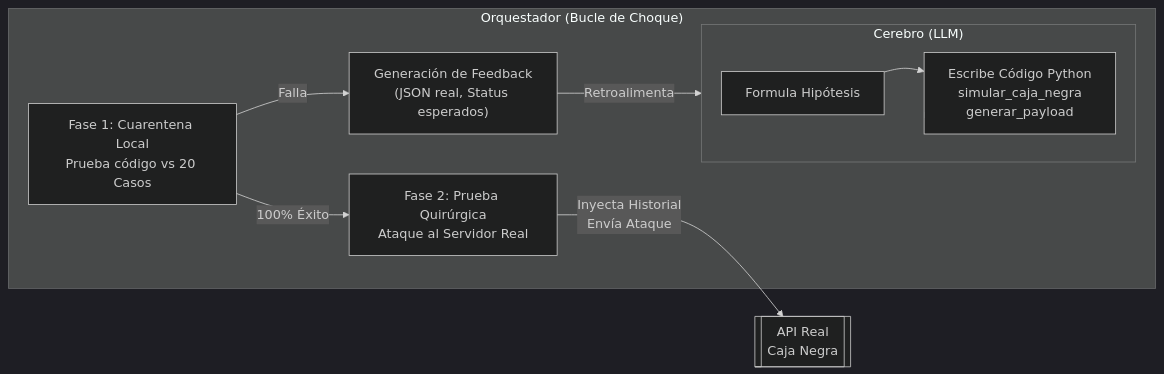
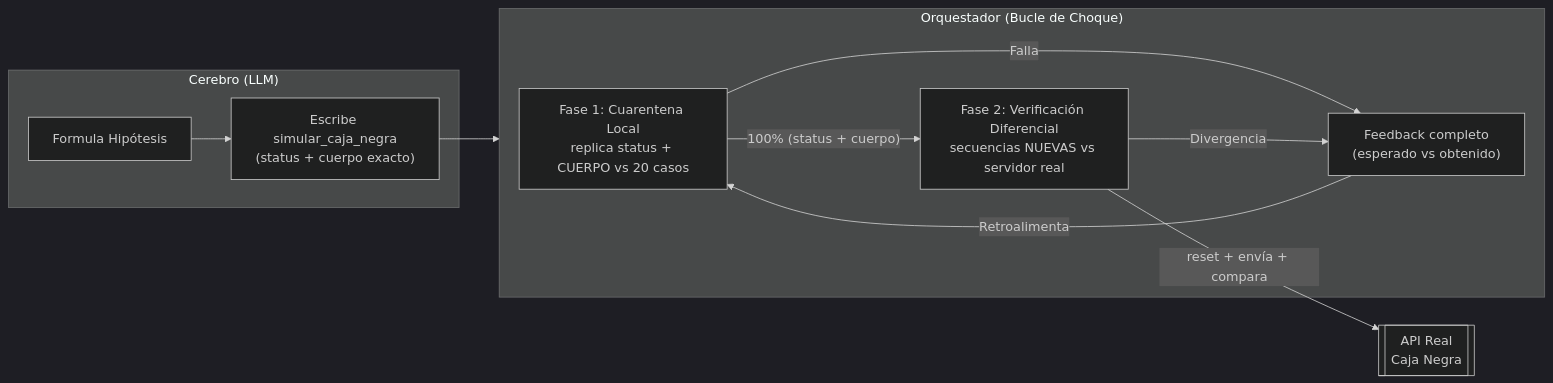
The diagram in README.md (ahenaon00/frontier-reto-2), drawn with Mermaid (dark theme) before and after one commit. The commit also changed other lines of this file and 62 other files, not shown here.

````diff
--- a/README.md
+++ b/README.md
@@ -21,23 +24,22 @@
 ```mermaid
 flowchart LR
     subgraph IA["Cerebro (LLM)"]
         H["Formula Hipótesis"]
-        C["Escribe Código Python<br>simular_caja_negra<br>generar_payload"]
+        C["Escribe simular_caja_negra<br>(status + cuerpo exacto)"]
         H --> C
     end
 
     subgraph ORQUESTADOR["Orquestador (Bucle de Choque)"]
-        Q["Fase 1: Cuarentena Local<br>Prueba código vs 20 Casos"]
-        E["Generación de Feedback<br>(JSON real, Status esperados)"]
-        S["Fase 2: Prueba Quirúrgica<br>Ataque al Servidor Real"]
-        
+        Q["Fase 1: Cuarentena Local<br>replica status + CUERPO vs 20 casos"]
+        E["Feedback completo<br>(esperado vs obtenido)"]
+        S["Fase 2: Verificación Diferencial<br>secuencias NUEVAS vs servidor real"]
         Q -- "Falla" --> E
-        E -- "Retroalimenta" --> IA
-        Q -- "100% Éxito" --> S
+        E -- "Retroalimenta" --> Q
+        Q -- "100% (status + cuerpo)" --> S
+        S -- "Divergencia" --> E
     end
 
     API[["API Real<br>Caja Negra"]]
-
     C --> ORQUESTADOR
-    S -- "Inyecta Historial<br>Envía Ataque" --> API
+    S -- "reset + envía + compara" --> API
 ```
````
